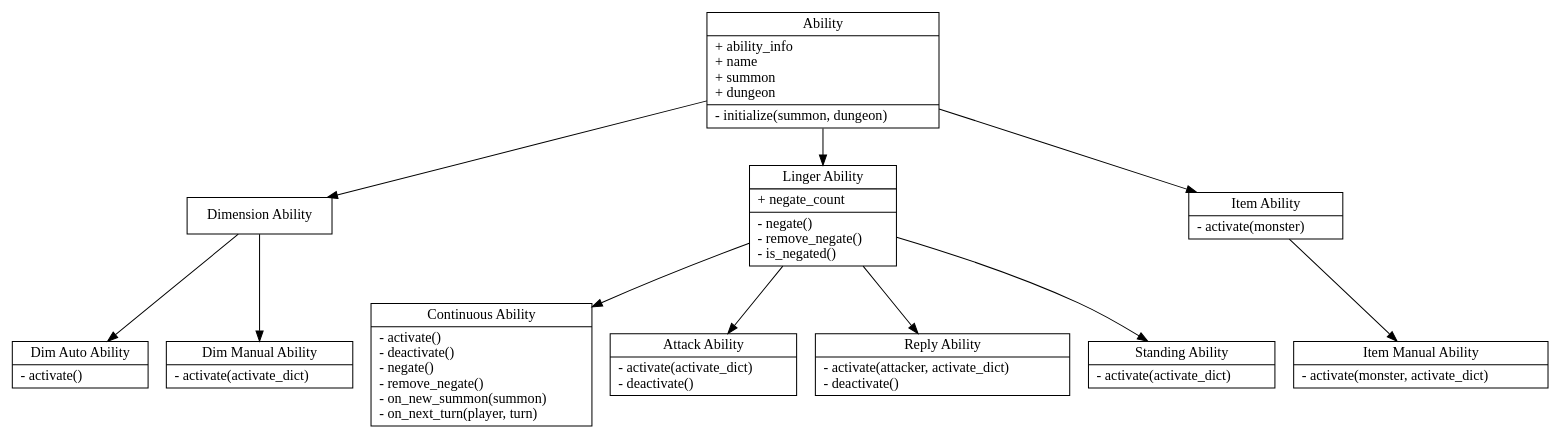
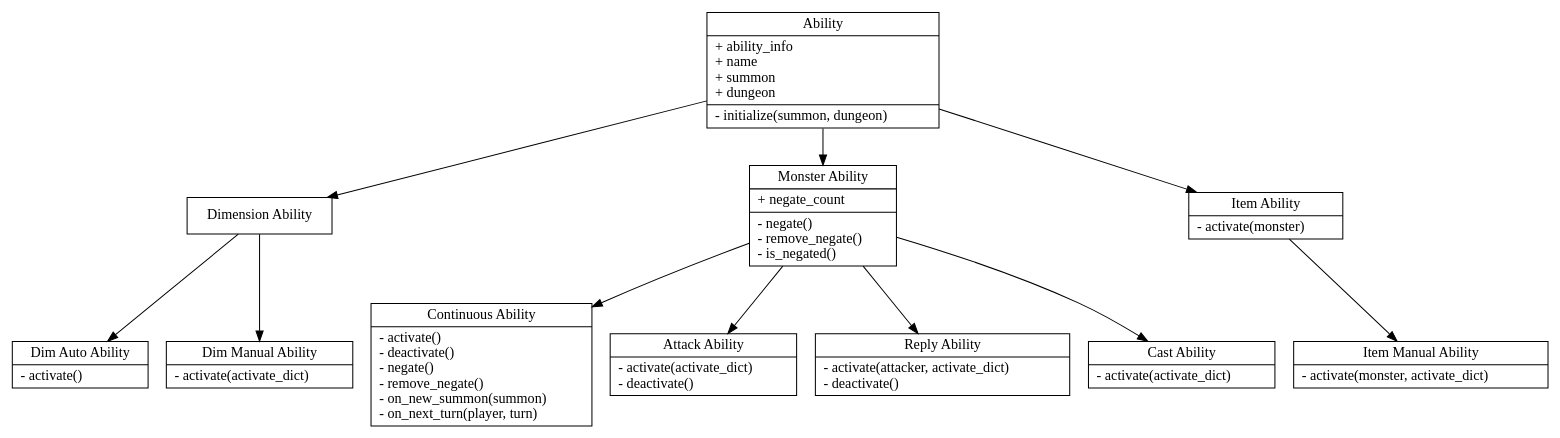
The diagram in docs/diagrams/abilities.dot (francocurotto/DDMre), drawn with Graphviz before and after one commit. The commit also changed 54 other files, not shown here.

```diff
--- a/docs/diagrams/abilities.dot
+++ b/docs/diagrams/abilities.dot
@@ -1,26 +1,26 @@
 digraph abilities {
     // nodes
     node[shape=record]
     Ability[label="{Ability|+ ability_info\l+ name\l+ summon\l+ dungeon\l|- initialize(summon, dungeon)\l}"]
     DimensionAbility[label="{Dimension Ability}"]
     DimAutoAbility[label="{Dim Auto Ability|- activate()\l}"]
     DimManualAbility[label="{Dim Manual Ability|- activate(activate_dict)\l}"]
-    LingerAbility[label="{Linger Ability|+ negate_count\l|- negate()\l- remove_negate()\l- is_negated()\l}"]
+    MonsterAbility[label="{Monster Ability|+ negate_count\l|- negate()\l- remove_negate()\l- is_negated()\l}"]
     ContinuousAbility[label="{Continuous Ability|- activate()\l- deactivate()\l- negate()\l- remove_negate()\l- on_new_summon(summon)\l- on_next_turn(player, turn)\l}"]
     AttackAbility[label="{Attack Ability|- activate(activate_dict)\l- deactivate()\l}"]
     ReplyAbility[label="{Reply Ability|- activate(attacker, activate_dict)\l- deactivate()\l}"]
-    StandingAbility[label="{Standing Ability|- activate(activate_dict)\l}"]
+    CastAbility[label="{Cast Ability|- activate(activate_dict)\l}"]
     ItemAbility[label="{Item Ability|- activate(monster)\l}"]
     ItemManualAbility[label="{Item Manual Ability|- activate(monster, activate_dict)\l}"]
     // edges
     Ability -> DimensionAbility
-    Ability -> LingerAbility
+    Ability -> MonsterAbility
     Ability -> ItemAbility
     DimensionAbility -> DimAutoAbility
     DimensionAbility -> DimManualAbility
-    LingerAbility -> ContinuousAbility
-    LingerAbility -> AttackAbility
-    LingerAbility -> ReplyAbility
-    LingerAbility -> StandingAbility
+    MonsterAbility -> ContinuousAbility
+    MonsterAbility -> AttackAbility
+    MonsterAbility -> ReplyAbility
+    MonsterAbility -> CastAbility
     ItemAbility -> ItemManualAbility
 }
```
